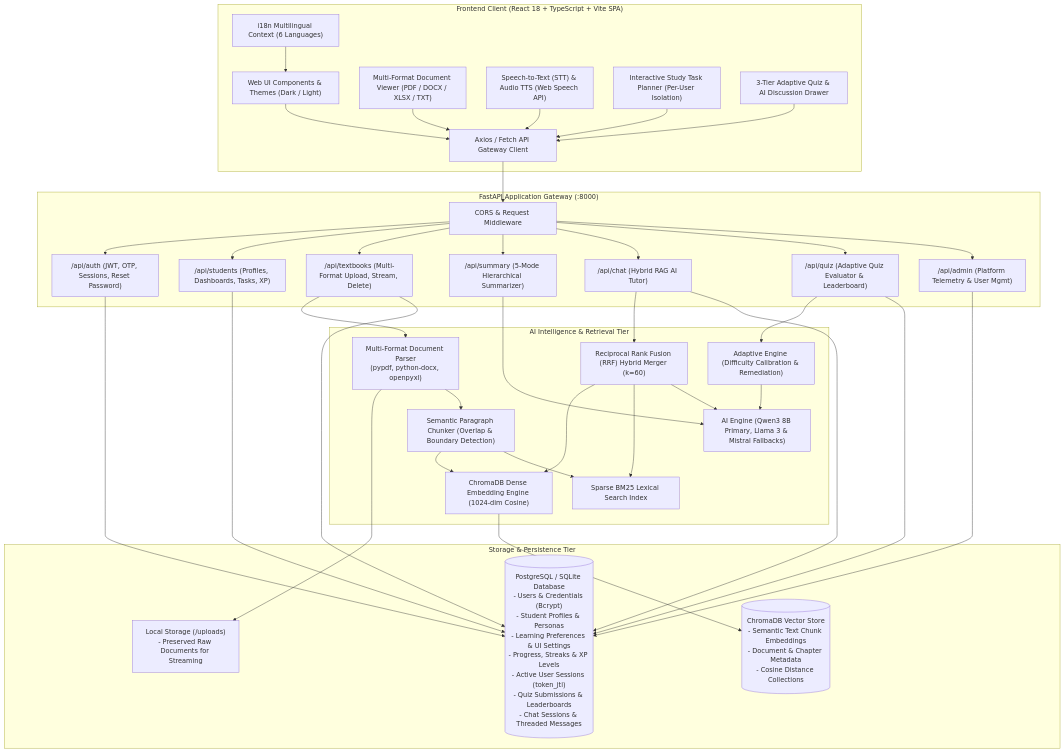
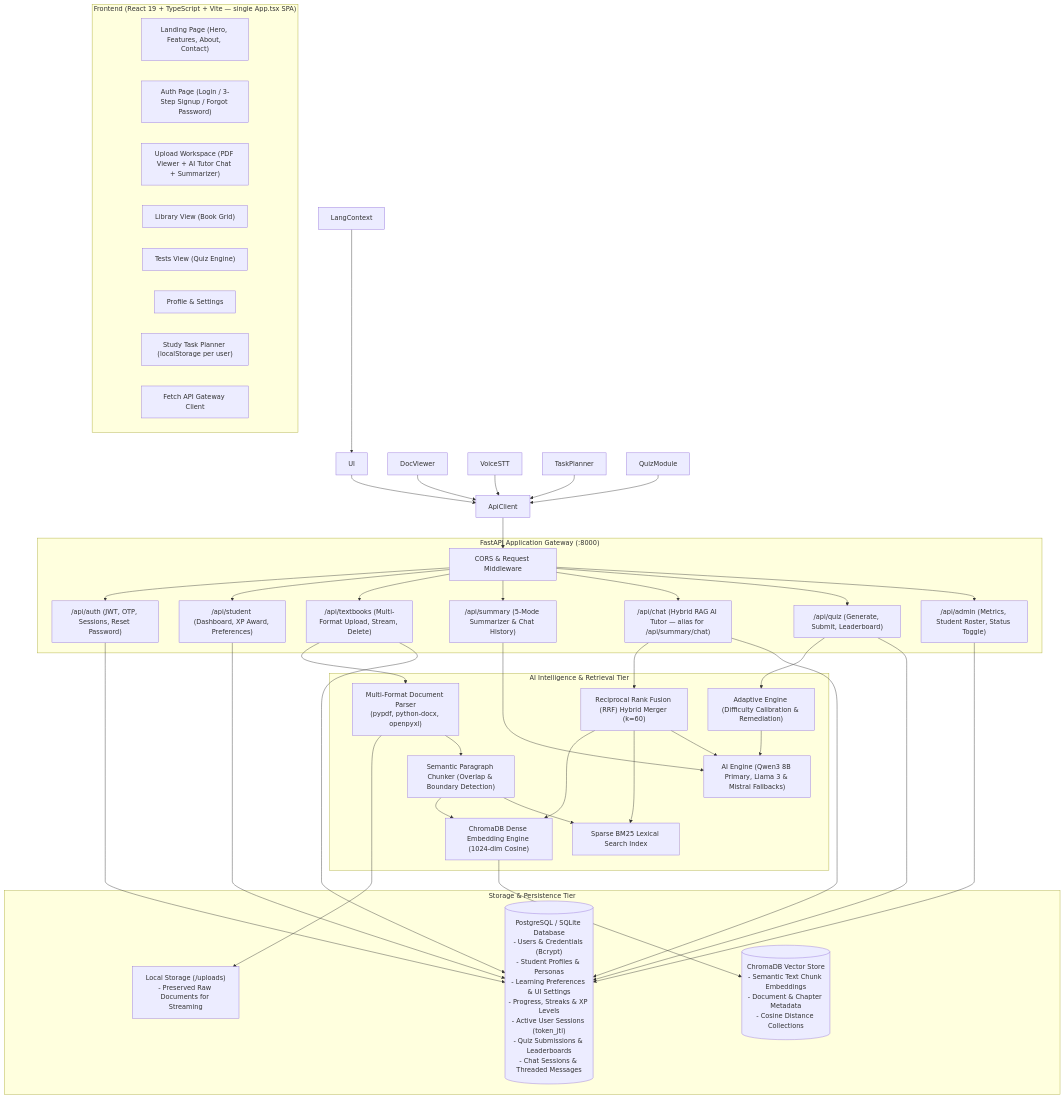
Before and after one commit to Tanushree-ponnuswamy/AARVA_LEARNING_APP: the first of 4 diagrams in docs/ARCHITECTURE.md, drawn with Mermaid. The commit also changed other lines of this file and 2 other files, not shown here.

Commit message:
docs: update documentation, README features, and detailed tech stack architecture

````diff
--- a/docs/ARCHITECTURE.md
+++ b/docs/ARCHITECTURE.md
@@ -9,81 +9,82 @@
 ```mermaid
 flowchart TB
-    subgraph Client ["Frontend Client (React 18 + TypeScript + Vite SPA)"]
-        UI["Web UI Components & Themes (Dark / Light)"]
-        DocViewer["Multi-Format Document Viewer (PDF / DOCX / XLSX / TXT)"]
-        VoiceSTT["Speech-to-Text (STT) & Audio TTS (Web Speech API)"]
-        LangContext["i18n Multilingual Context (6 Languages)"]
-        TaskPlanner["Interactive Study Task Planner (Per-User Isolation)"]
-        QuizModule["3-Tier Adaptive Quiz & AI Discussion Drawer"]
-        ApiClient["Axios / Fetch API Gateway Client"]
+    subgraph Client ["Frontend (React 19 + TypeScript + Vite — single App.tsx SPA)"]
+        Landing["Landing Page (Hero, Features, About, Contact)"]
+        AuthPage["Auth Page (Login / 3-Step Signup / Forgot Password)"]
+        UploadWS["Upload Workspace (PDF Viewer + AI Tutor Chat + Summarizer)"]
+        LibraryV["Library View (Book Grid)"]
+        TestsV["Tests View (Quiz Engine)"]
+        ProfileSettings["Profile & Settings"]
+        StudyTasks["Study Task Planner (localStorage per user)"]
+        FetchClient["Fetch API Gateway Client"]
     end
 
     subgraph BackendGateway ["FastAPI Application Gateway (:8000)"]
         CORSMiddleware["CORS & Request Middleware"]
         AuthRouter["/api/auth (JWT, OTP, Sessions, Reset Password)"]
-        StudentRouter["/api/students (Profiles, Dashboards, Tasks, XP)"]
+        StudentRouter["/api/student (Dashboard, XP Award, Preferences)"]
         TextbookRouter["/api/textbooks (Multi-Format Upload, Stream, Delete)"]
-        SummaryRouter["/api/summary (5-Mode Hierarchical Summarizer)"]
-        ChatRouter["/api/chat (Hybrid RAG AI Tutor)"]
-        QuizRouter["/api/quiz (Adaptive Quiz Evaluator & Leaderboard)"]
-        AdminRouter["/api/admin (Platform Telemetry & User Mgmt)"]
+        SummaryRouter["/api/summary (5-Mode Summarizer & Chat History)"]
+        ChatRouter["/api/chat (Hybrid RAG AI Tutor — alias for /api/summary/chat)"]
+        QuizRouter["/api/quiz (Generate, Submit, Leaderboard)"]
+        AdminRouter["/api/admin (Metrics, Student Roster, Status Toggle)"]
     end
 
     subgraph AIServices ["AI Intelligence & Retrieval Tier"]
         DocParser["Multi-Format Document Parser\n(pypdf, python-docx, openpyxl)"]
         SemanticChunker["Semantic Paragraph Chunker (Overlap & Boundary Detection)"]
         BM25Engine["Sparse BM25 Lexical Search Index"]
         ChromaService["ChromaDB Dense Embedding Engine (1024-dim Cosine)"]
         RRFCombiner["Reciprocal Rank Fusion (RRF) Hybrid Merger (k=60)"]
         LLMService["AI Engine (Qwen3 8B Primary, Llama 3 & Mistral Fallbacks)"]
         AdaptiveEngine["Adaptive Engine (Difficulty Calibration & Remediation)"]
     end
 
     subgraph DataPersistence ["Storage & Persistence Tier"]
         PostgresDB[("PostgreSQL / SQLite Database\n- Users & Credentials (Bcrypt)\n- Student Profiles & Personas\n- Learning Preferences & UI Settings\n- Progress, Streaks & XP Levels\n- Active User Sessions (token_jti)\n- Quiz Submissions & Leaderboards\n- Chat Sessions & Threaded Messages")]
         ChromaStore[("ChromaDB Vector Store\n- Semantic Text Chunk Embeddings\n- Document & Chapter Metadata\n- Cosine Distance Collections")]
         DocStorage["Local Storage (/uploads)\n- Preserved Raw Documents for Streaming"]
     end
 
     %% Client to Backend Gateway
     UI --> ApiClient
     DocViewer --> ApiClient
     VoiceSTT --> ApiClient
     LangContext --> UI
     TaskPlanner --> ApiClient
     QuizModule --> ApiClient
     ApiClient --> CORSMiddleware
     
     CORSMiddleware --> AuthRouter
     CORSMiddleware --> StudentRouter
     CORSMiddleware --> TextbookRouter
     CORSMiddleware --> SummaryRouter
     CORSMiddleware --> ChatRouter
     CORSMiddleware --> QuizRouter
     CORSMiddleware --> AdminRouter
 
     %% Gateway to Services
     TextbookRouter --> DocParser
     DocParser --> DocStorage
     DocParser --> SemanticChunker
     SemanticChunker --> ChromaService
     SemanticChunker --> BM25Engine
 
     ChatRouter --> RRFCombiner
     RRFCombiner --> ChromaService
     RRFCombiner --> BM25Engine
     RRFCombiner --> LLMService
 
     SummaryRouter --> LLMService
     QuizRouter --> AdaptiveEngine
     AdaptiveEngine --> LLMService
 
     %% Services to Persistence
     ChromaService --> ChromaStore
     AuthRouter --> PostgresDB
     AdminRouter --> PostgresDB
     StudentRouter --> PostgresDB
     QuizRouter --> PostgresDB
     TextbookRouter --> PostgresDB
     ChatRouter --> PostgresDB
 ```
````
